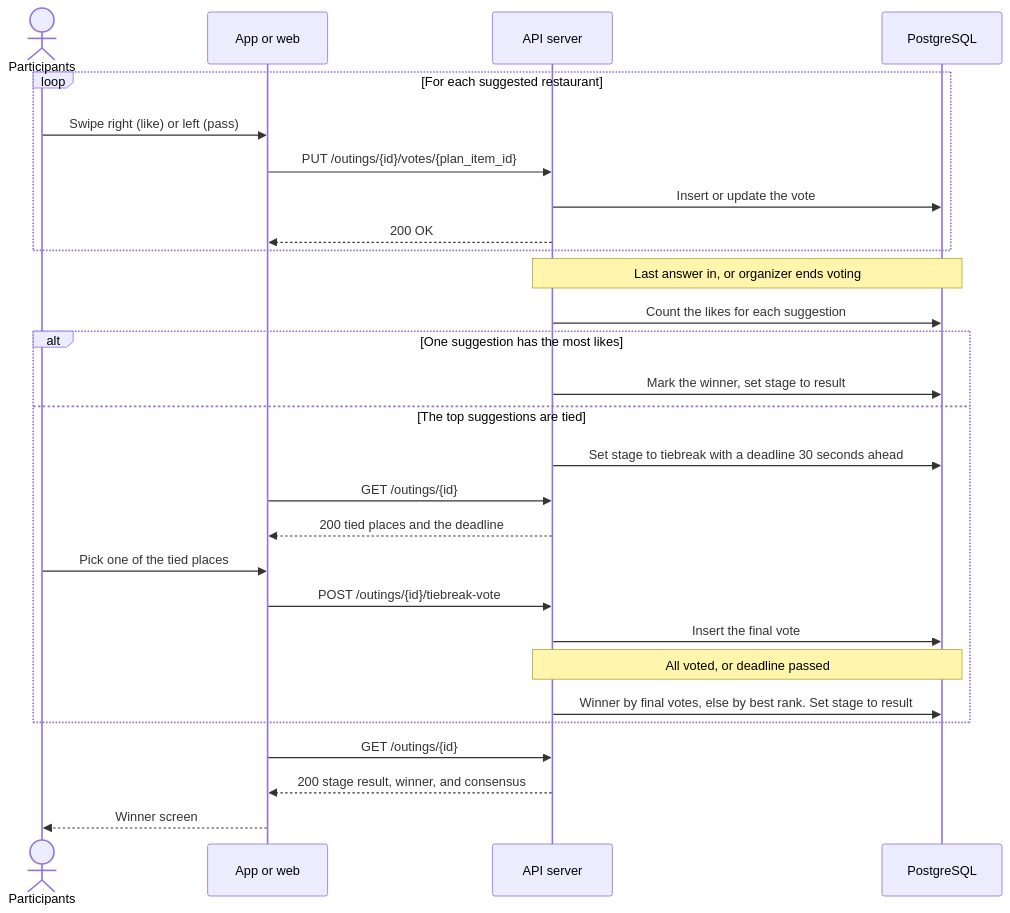
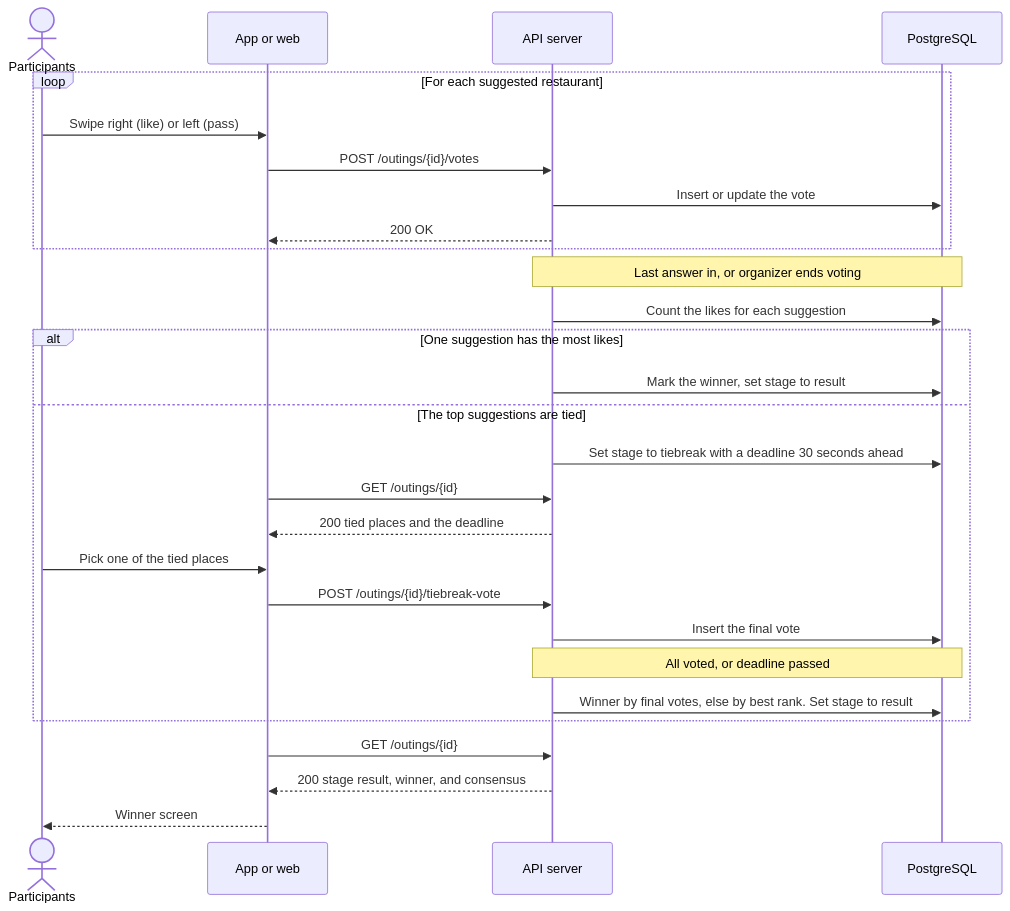
The seventh of 11 diagrams in Docs/TechnicalDoc.md (shathaaa1110-arch/Portfolio-Project), drawn with Mermaid before and after one commit. The commit also changed other lines of this file and 3 other files, not shown here.

````diff
--- a/Docs/TechnicalDoc.md
+++ b/Docs/TechnicalDoc.md
@@ -1017,34 +1017,34 @@
 ```mermaid
 sequenceDiagram
     actor P as Participants
     participant A as App or web
     participant API as API server
     participant DB as PostgreSQL
  
     loop For each suggested restaurant
         P->>A: Swipe right (like) or left (pass)
-        A->>API: PUT /outings/{id}/votes/{plan_item_id}
+        A->>API: POST /outings/{id}/votes
         API->>DB: Insert or update the vote
         API-->>A: 200 OK
     end
  
     Note over API,DB: Last answer in, or organizer ends voting
     API->>DB: Count the likes for each suggestion
  
     alt One suggestion has the most likes
         API->>DB: Mark the winner, set stage to result
     else The top suggestions are tied
         API->>DB: Set stage to tiebreak with a deadline 30 seconds ahead
         A->>API: GET /outings/{id}
         API-->>A: 200 tied places and the deadline
         P->>A: Pick one of the tied places
         A->>API: POST /outings/{id}/tiebreak-vote
         API->>DB: Insert the final vote
         Note over API,DB: All voted, or deadline passed
         API->>DB: Winner by final votes, else by best rank. Set stage to result
     end
  
     A->>API: GET /outings/{id}
     API-->>A: 200 stage result, winner, and consensus
     A-->>P: Winner screen
 ```
````
